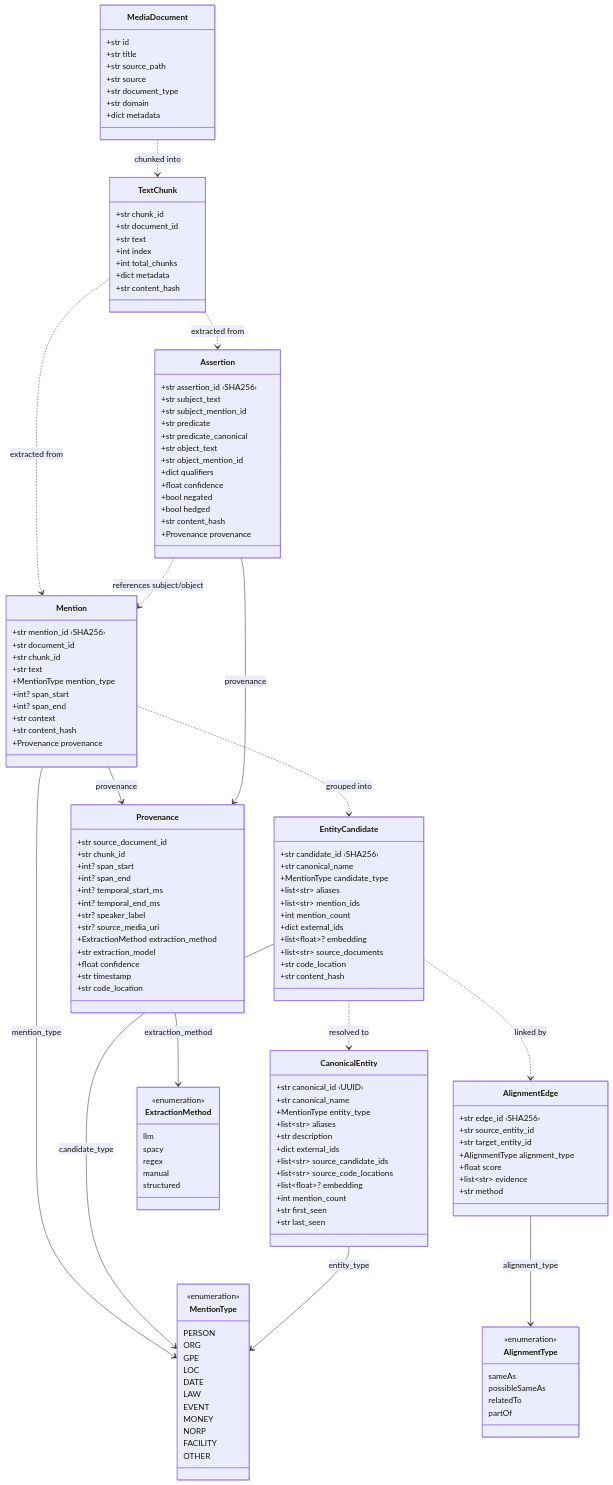
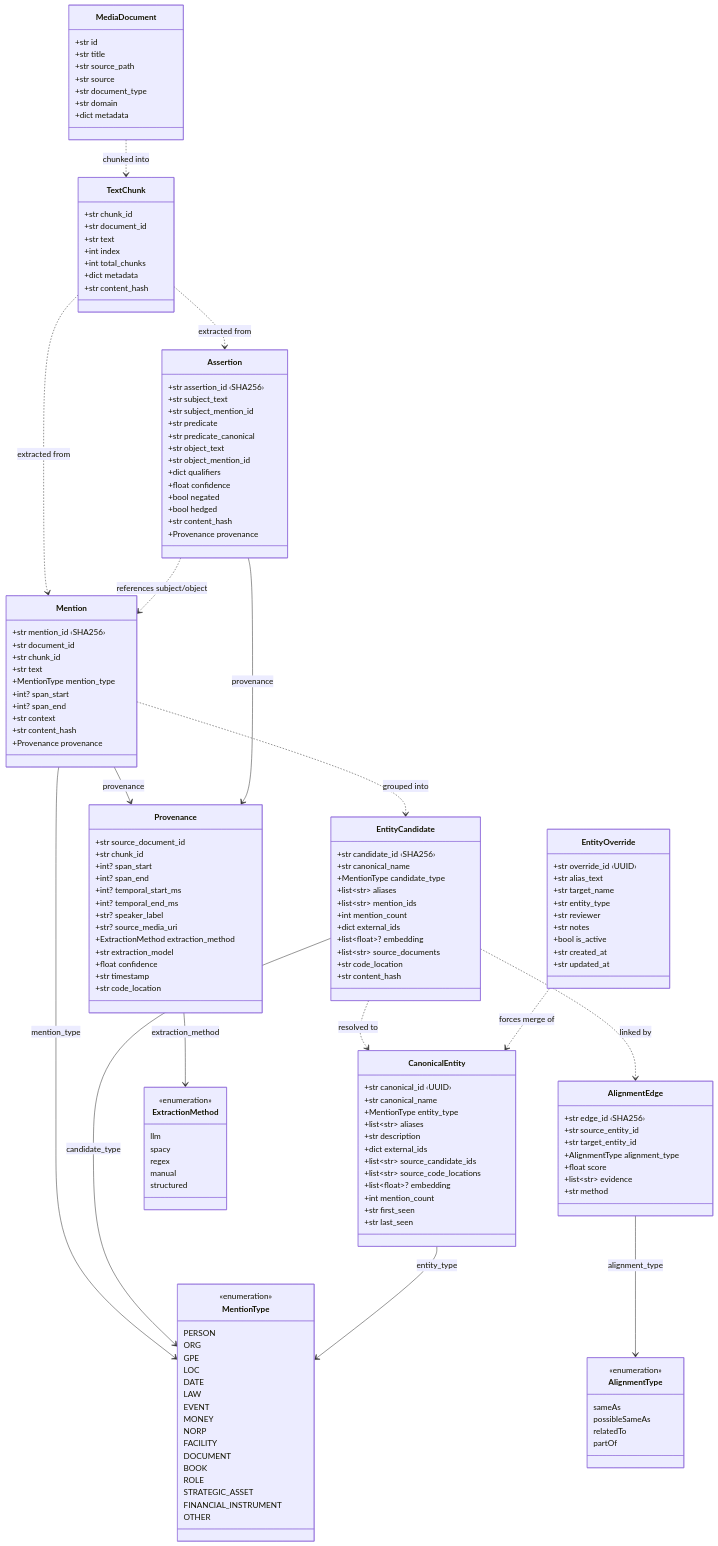
The first of 3 diagrams in docs/diagrams/domain-model-uml.md (TheBranchDriftCatalyst/catalyst-data), drawn with Mermaid before and after one commit. The commit also changed other lines of this file and 2 other files, not shown here.

Commit message:
docs: update concordance, entity model, and architecture docs
- ONTOLOGY.md: add section 5.3.1 documenting actual ConcordanceEngine +
  CrossSourceAligner implementation (IDF weighting, corroboration rule,
  cluster coherence, HITL overrides)
- domain-model-uml.md: add 5 new MentionType enums (DOCUMENT, BOOK,
  ROLE, STRATEGIC_ASSET, FINANCIAL_INSTRUMENT), EntityOverride class,
  update extraction pipeline to show LangGraph validation
- media-ingest-architecture.md: reflect LangGraph validated extraction,
  chunked transcription, XPU diarization, HITL + coherence in platinum

````diff
--- a/docs/diagrams/domain-model-uml.md
+++ b/docs/diagrams/domain-model-uml.md
@@ -122,6 +122,11 @@
         MONEY
         NORP
         FACILITY
+        DOCUMENT
+        BOOK
+        ROLE
+        STRATEGIC_ASSET
+        FINANCIAL_INSTRUMENT
         OTHER
     }
 
@@ -131,6 +136,18 @@
         possibleSameAs
         relatedTo
         partOf
+    }
+
+    class EntityOverride {
+        +str override_id ‹UUID›
+        +str alias_text
+        +str target_name
+        +str entity_type
+        +str reviewer
+        +str notes
+        +bool is_active
+        +str created_at
+        +str updated_at
     }
 
     class ExtractionMethod {
@@ -158,4 +175,5 @@
     EntityCandidate ..> AlignmentEdge : linked by
     MediaDocument ..> TextChunk : chunked into
     Assertion ..> Mention : references subject/object
+    EntityOverride ..> CanonicalEntity : forces merge of
 ```
````
